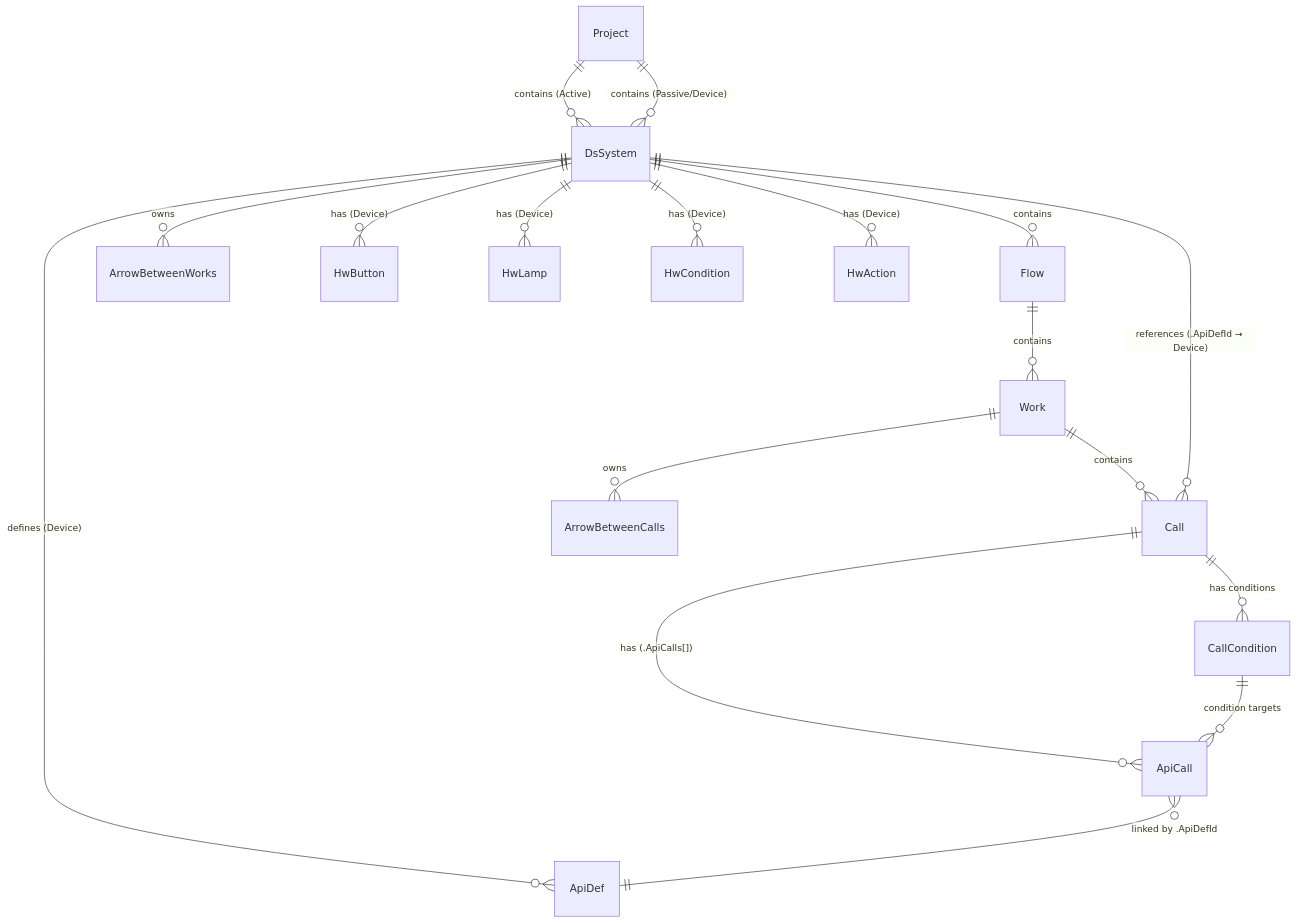
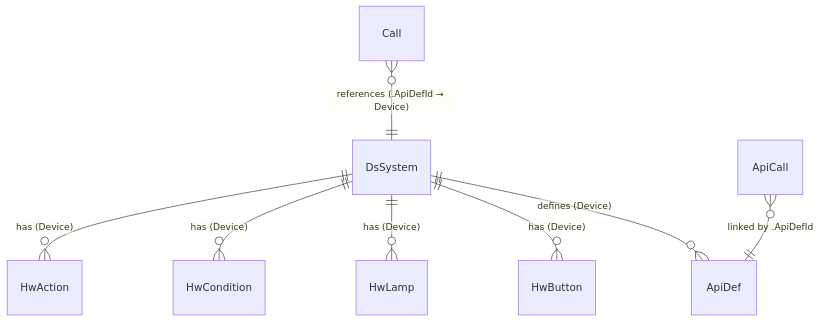
Before and after one commit to DualsoftDev/ds2: the fifth of 8 diagrams in README.md, drawn with Mermaid.

````diff
--- a/README.md
+++ b/README.md
@@ -105,26 +122,10 @@
 ```mermaid
 erDiagram
-    Project ||--o{ DsSystem : "contains (Active)"
-    Project ||--o{ DsSystem : "contains (Passive/Device)"
-
-    DsSystem ||--o{ Flow : contains
-    DsSystem ||--o{ ArrowBetweenWorks : owns
     DsSystem ||--o{ ApiDef : "defines (Device)"
     DsSystem ||--o{ HwButton : "has (Device)"
     DsSystem ||--o{ HwLamp : "has (Device)"
     DsSystem ||--o{ HwCondition : "has (Device)"
     DsSystem ||--o{ HwAction : "has (Device)"
-
-    Flow ||--o{ Work : contains
-
-    Work ||--o{ Call : contains
-    Work ||--o{ ArrowBetweenCalls : owns
-
-    Call ||--o{ ApiCall : "has (.ApiCalls[])"
-    Call ||--o{ CallCondition : "has conditions"
     Call }o--|| DsSystem : "references (.ApiDefId → Device)"
-
     ApiCall }o--|| ApiDef : "linked by .ApiDefId"
-
-    CallCondition ||--o{ ApiCall : "condition targets"
 ```
````
